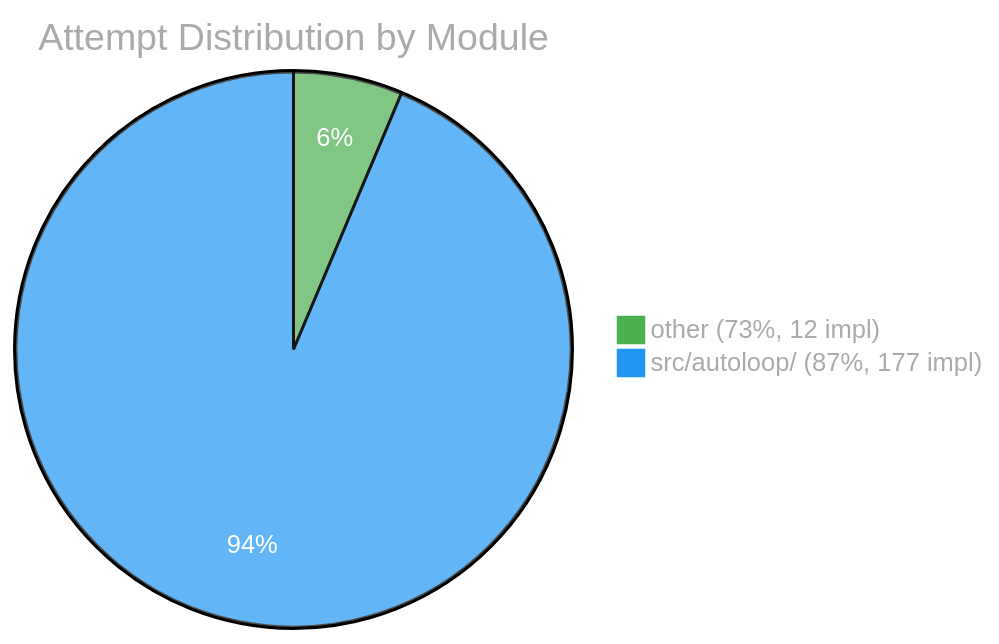
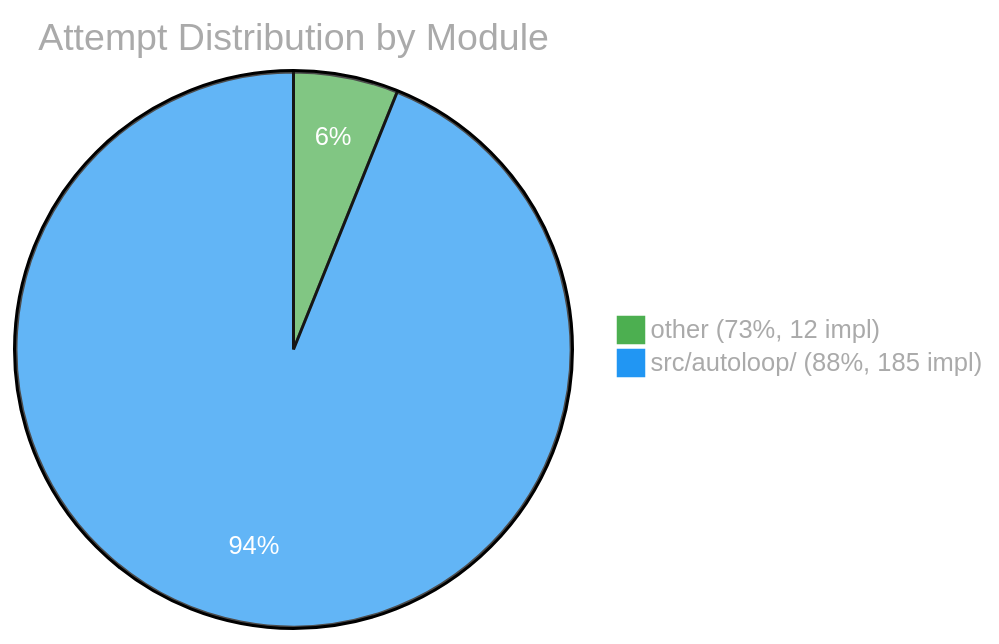
Before and after one commit to Sanctum-Origo-Systems/autoloop: the third of 3 diagrams in EVAL.md, drawn with Mermaid. The commit also changed other lines of this file and 1 other file, not shown here.

````diff
--- a/EVAL.md
+++ b/EVAL.md
@@ -37,6 +37,6 @@
 ```mermaid
 %%{init: {'theme': 'base', 'themeVariables': {'pie1': '#4CAF50', 'pie2': '#2196F3', 'pie3': '#FF9800', 'pie4': '#E91E63', 'pie5': '#9C27B0', 'pie6': '#00BCD4', 'pieTitleTextColor': '#aaa', 'pieLegendTextColor': '#aaa', 'pieSectionTextColor': '#fff'}}}%%
 pie title Attempt Distribution by Module
     "other (73%, 12 impl)" : 12
-    "src/autoloop/ (87%, 177 impl)" : 177
+    "src/autoloop/ (88%, 185 impl)" : 185
 ```
````
